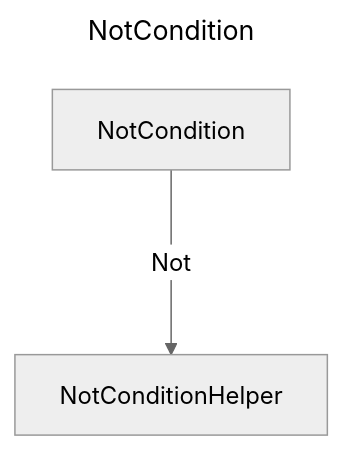
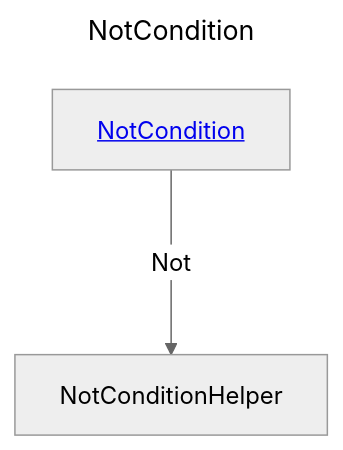
One commit to douglassimonsen/pbi_core changed the diagram in docs/docs/layout/erd/NotCondition.md. Above: the diagram before and after it, drawn with Mermaid (neutral theme). The commit also changed 76 other files, not shown here.

````diff
--- a/docs/docs/layout/erd/NotCondition.md
+++ b/docs/docs/layout/erd/NotCondition.md
@@ -1,9 +1,9 @@
 ```mermaid
 ---
 title: NotCondition
 ---
 graph 
-2430071880224["NotCondition"]
-2430071877296["NotConditionHelper"]
-2430071880224 --->|Not| 2430071877296
+NotCondition[<a href='/layout/erd/NotCondition'>NotCondition</a>]
+NotConditionHelper[NotConditionHelper]
+NotCondition --->|Not| NotConditionHelper
 ```
````
